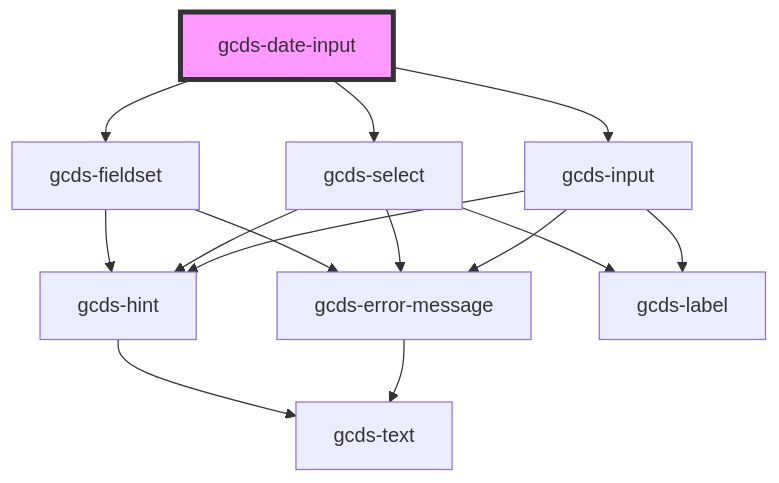
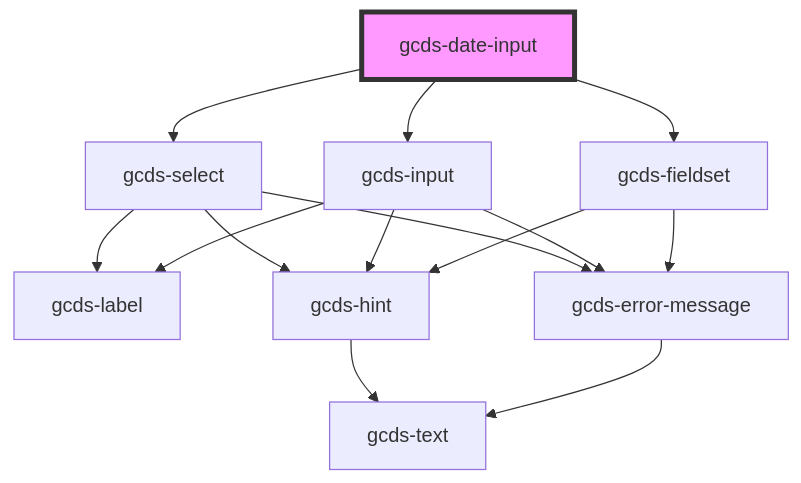
Before and after one commit to cds-snc/gcds-components: the diagram in packages/web/src/components/gcds-date-input/readme.md, drawn with Mermaid. The commit also changed other lines of this file and 9 other files, not shown here.

````diff
--- a/packages/web/src/components/gcds-date-input/readme.md
+++ b/packages/web/src/components/gcds-date-input/readme.md
@@ -29,17 +43,17 @@
 ```mermaid
 graph TD;
-  gcds-date-input --> gcds-fieldset
   gcds-date-input --> gcds-select
   gcds-date-input --> gcds-input
-  gcds-fieldset --> gcds-hint
-  gcds-fieldset --> gcds-error-message
-  gcds-hint --> gcds-text
-  gcds-error-message --> gcds-text
+  gcds-date-input --> gcds-fieldset
   gcds-select --> gcds-label
   gcds-select --> gcds-hint
   gcds-select --> gcds-error-message
+  gcds-hint --> gcds-text
+  gcds-error-message --> gcds-text
   gcds-input --> gcds-label
   gcds-input --> gcds-hint
   gcds-input --> gcds-error-message
+  gcds-fieldset --> gcds-hint
+  gcds-fieldset --> gcds-error-message
   style gcds-date-input fill:#f9f,stroke:#333,stroke-width:4px
 ```
````
